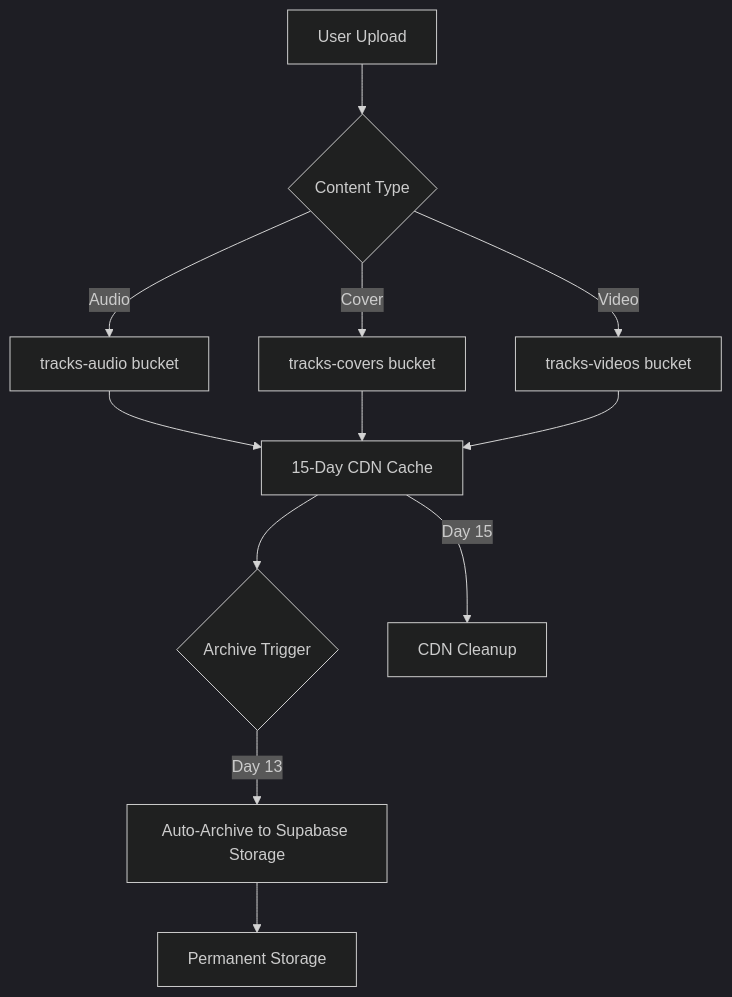
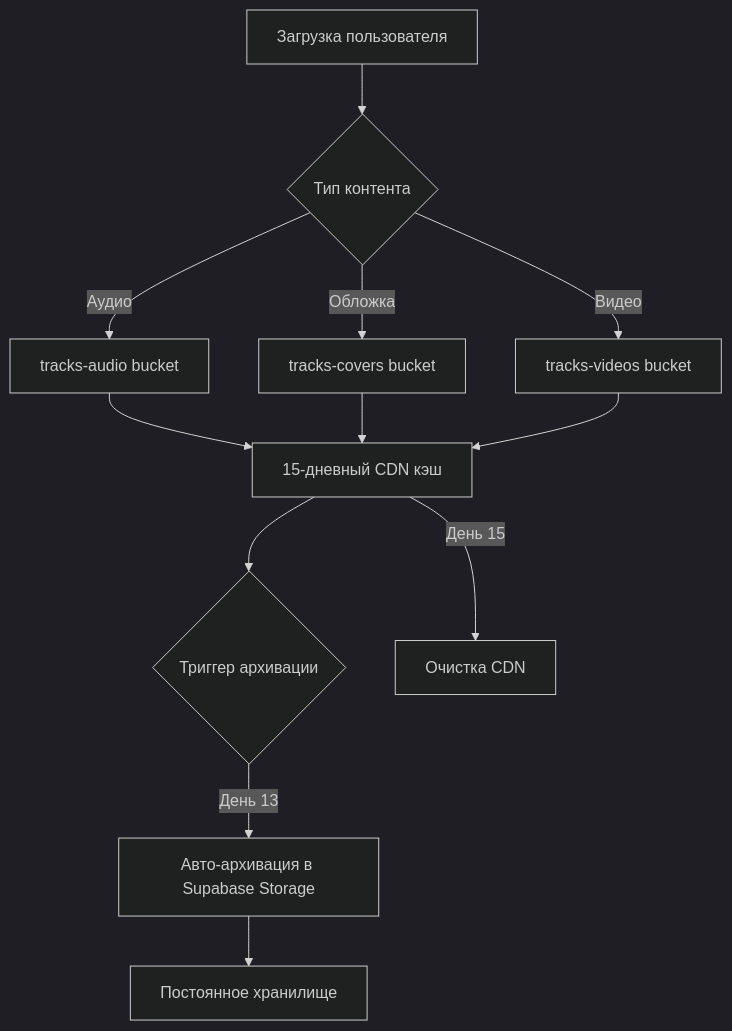
Before and after one commit to HOW2AI-AGENCY/albert3-muse-synth-studio: the second of 9 diagrams in README.md, drawn with Mermaid (dark theme). The commit also changed other lines of this file, not shown here.

````diff
--- a/README.md
+++ b/README.md
@@ -109,14 +112,14 @@
 ```mermaid
 graph TB
-    A[User Upload] --> B{Content Type}
-    B -->|Audio| C[tracks-audio bucket]
-    B -->|Cover| D[tracks-covers bucket]
-    B -->|Video| E[tracks-videos bucket]
-    C --> F[15-Day CDN Cache]
+    A[Загрузка пользователя] --> B{Тип контента}
+    B -->|Аудио| C[tracks-audio bucket]
+    B -->|Обложка| D[tracks-covers bucket]
+    B -->|Видео| E[tracks-videos bucket]
+    C --> F[15-дневный CDN кэш]
     D --> F
     E --> F
-    F --> G{Archive Trigger}
-    G -->|Day 13| H[Auto-Archive to Supabase Storage]
-    H --> I[Permanent Storage]
-    F -->|Day 15| J[CDN Cleanup]
+    F --> G{Триггер архивации}
+    G -->|День 13| H[Авто-архивация в Supabase Storage]
+    H --> I[Постоянное хранилище]
+    F -->|День 15| J[Очистка CDN]
 ```
````
